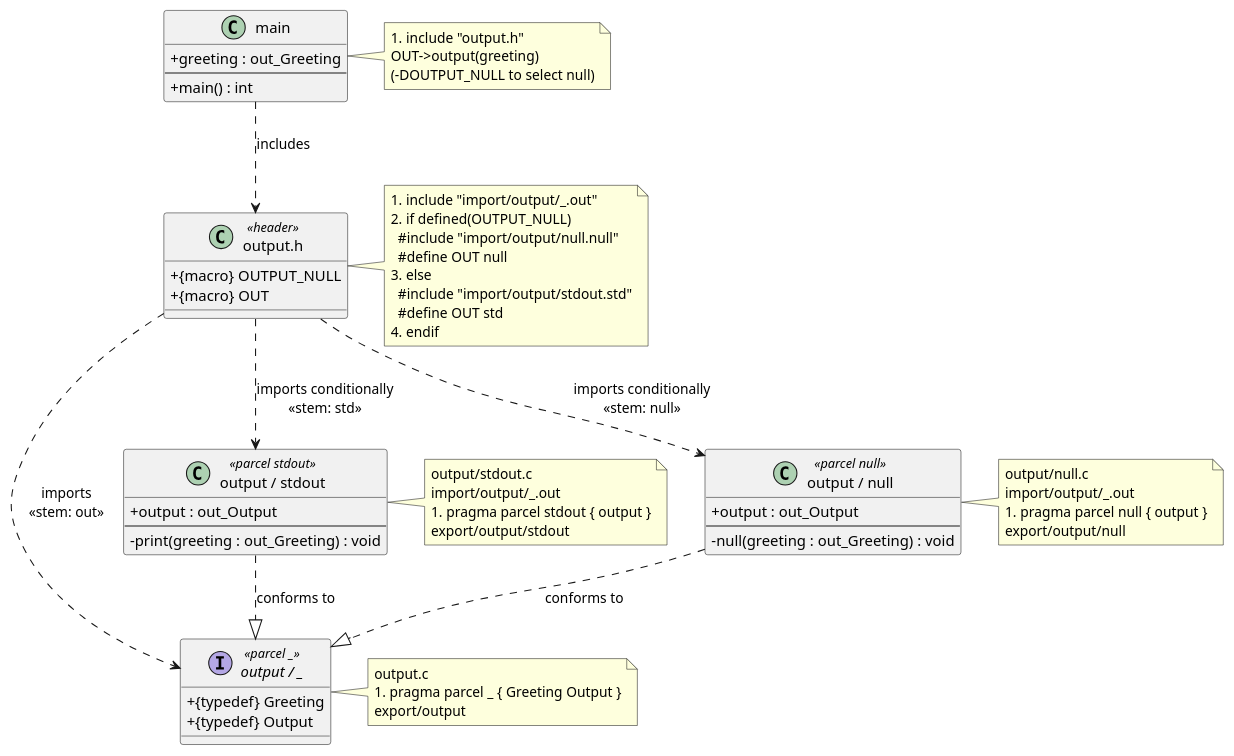
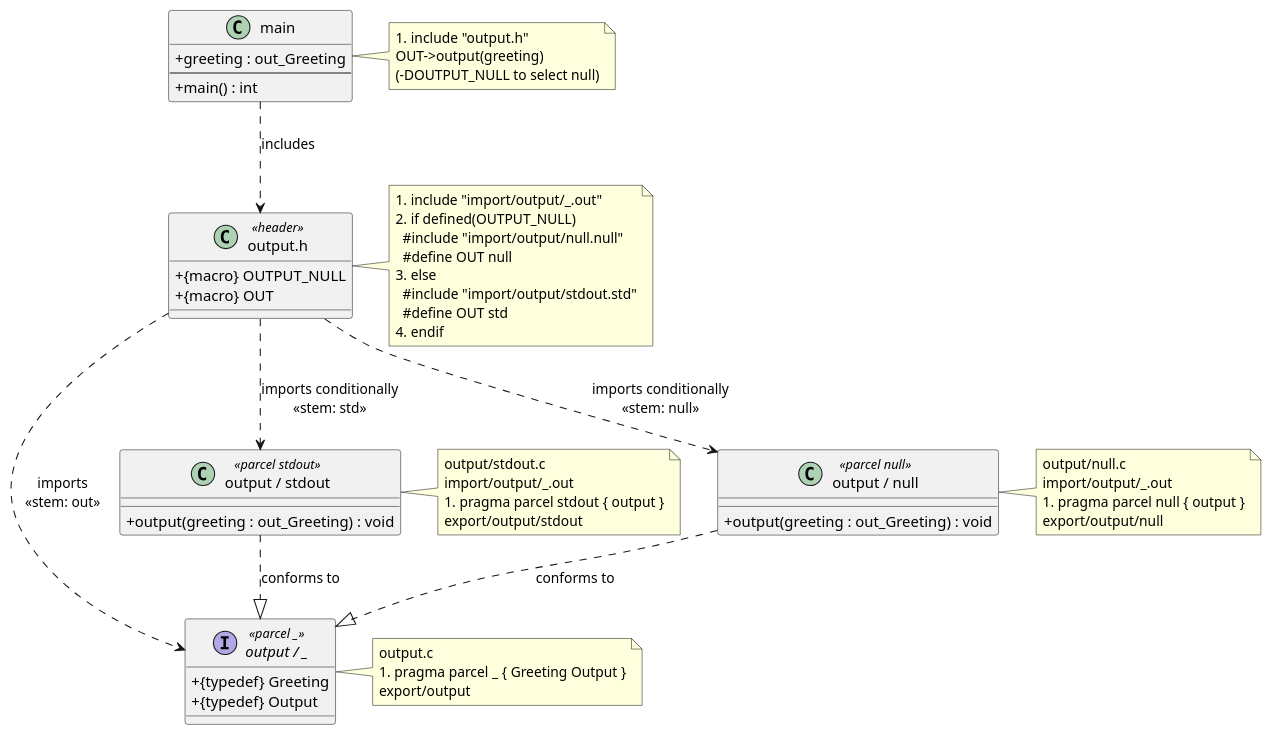
Before and after one commit to nbyoung/parcel: the diagram in examples/hello_world/hello_world.puml, drawn with PlantUML. The commit also changed 1 other file, not shown here.

```diff
--- a/examples/hello_world/hello_world.puml
+++ b/examples/hello_world/hello_world.puml
@@ -1,80 +1,76 @@
 @startuml hello_world
 
 skinparam classAttributeIconSize 0
 
 ' ── Interface parcel ────────────────────────────────────────────────
 interface "output / _" as IOutput <<parcel _>> {
   + {typedef} Greeting
   + {typedef} Output
 }
 note right of IOutput
   output.c
   #pragma parcel _ { Greeting Output }
   export/output
 end note
 
 ' ── Implementation: stdout ──────────────────────────────────────────
 class "output / stdout" as Stdout <<parcel stdout>> {
-  + output : out_Output
-  --
-  - print(greeting : out_Greeting) : void
+  + output(greeting : out_Greeting) : void
 }
 note right of Stdout
   output/stdout.c
   import/output/_.out
   #pragma parcel stdout { output }
   export/output/stdout
 end note
 
 ' ── Implementation: null ────────────────────────────────────────────
 class "output / null" as Null <<parcel null>> {
-  + output : out_Output
-  --
-  - null(greeting : out_Greeting) : void
+  + output(greeting : out_Greeting) : void
 }
 note right of Null
   output/null.c
   import/output/_.out
   #pragma parcel null { output }
   export/output/null
 end note
 
 ' ── Selector header ─────────────────────────────────────────────────
 class "output.h" as Header <<header>> {
   + {macro} OUTPUT_NULL
   + {macro} OUT
 }
 note right of Header
   #include "import/output/_.out"
   #if defined(OUTPUT_NULL)
     #include "import/output/null.null"
     #define OUT null
   #else
     #include "import/output/stdout.std"
     #define OUT std
   #endif
 end note
 
 ' ── Consumer ────────────────────────────────────────────────────────
 class "main" as Main {
   + greeting : out_Greeting
   --
   + main() : int
 }
 note right of Main
   #include "output.h"
   OUT->output(greeting)
   (-DOUTPUT_NULL to select null)
 end note
 
 ' ── Relationships ───────────────────────────────────────────────────
 Stdout ..|> IOutput : conforms to
 Null   ..|> IOutput : conforms to
 
 Header ..> IOutput : imports\n«stem: out»
 Header ..> Stdout  : imports conditionally\n«stem: std»
 Header ..> Null    : imports conditionally\n«stem: null»
 
 Main ..> Header : includes
 
 @enduml
```
